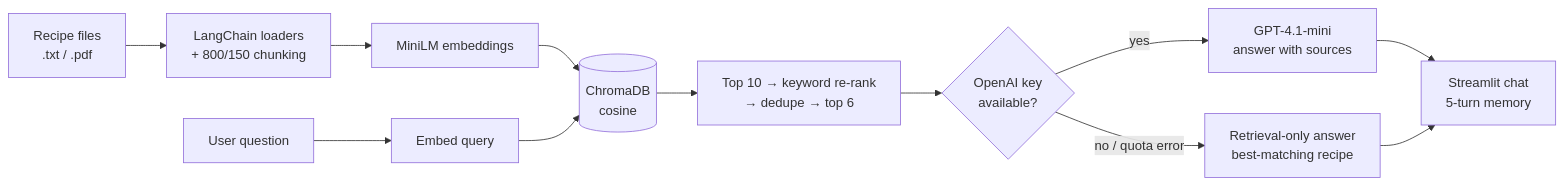
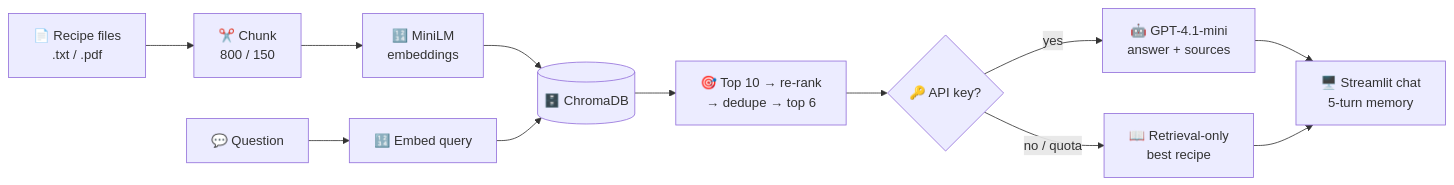
The diagram in README.md (achux11/recipe-rag-chatbot), drawn with Mermaid before and after one commit. The commit also changed other lines of this file, not shown here.

First line of the commit message:
Polish README: header badges, feature cards, diagram, quick start

````diff
--- a/README.md
+++ b/README.md
@@ -7,14 +55,14 @@
 ```mermaid
 flowchart LR
-    A[Recipe files<br/>.txt / .pdf] --> B[LangChain loaders<br/>+ 800/150 chunking]
-    B --> C[MiniLM embeddings]
-    C --> D[(ChromaDB<br/>cosine)]
-    Q[User question] --> E[Embed query]
+    A["📄 Recipe files<br/>.txt / .pdf"] --> B["✂️ Chunk<br/>800 / 150"]
+    B --> C["🔢 MiniLM<br/>embeddings"]
+    C --> D[("🗄️ ChromaDB")]
+    Q["💬 Question"] --> E["🔢 Embed query"]
     E --> D
-    D --> F[Top 10 → keyword re-rank<br/>→ dedupe → top 6]
-    F --> G{OpenAI key<br/>available?}
-    G -- yes --> H[GPT-4.1-mini<br/>answer with sources]
-    G -- no / quota error --> I[Retrieval-only answer<br/>best-matching recipe]
-    H --> J[Streamlit chat<br/>5-turn memory]
+    D --> F["🎯 Top 10 → re-rank<br/>→ dedupe → top 6"]
+    F --> G{"🔑 API key?"}
+    G -- yes --> H["🤖 GPT-4.1-mini<br/>answer + sources"]
+    G -- "no / quota" --> I["📖 Retrieval-only<br/>best recipe"]
+    H --> J["🖥️ Streamlit chat<br/>5-turn memory"]
     I --> J
 ```
````
